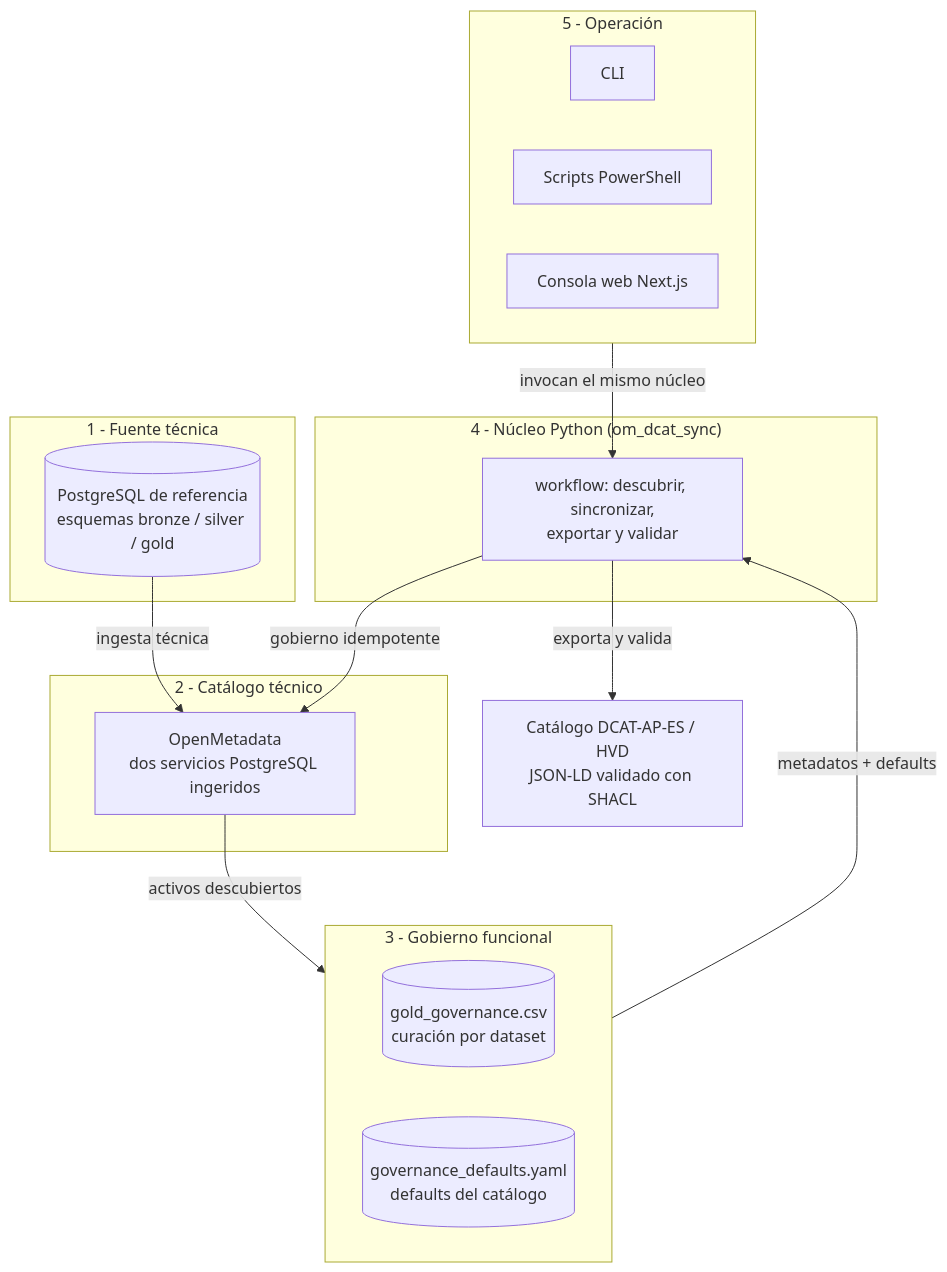
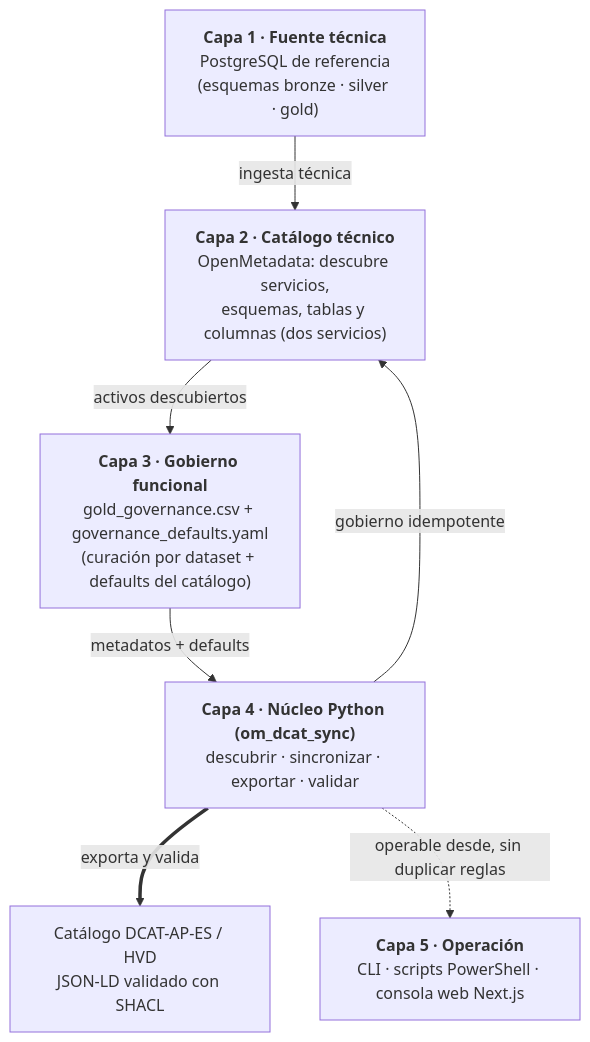
One commit to AlonsoMarcosM/TFM_Alonso_Marcos_Mu-oz changed the tenth of 14 diagrams in docs/diagramas_mermaid.md. Above: the diagram before and after it, drawn with Mermaid. The commit also changed other lines of this file and 25 other files, not shown here.

````diff
--- a/docs/diagramas_mermaid.md
+++ b/docs/diagramas_mermaid.md
@@ -170,29 +170,16 @@
 ```mermaid
 flowchart TB
-  subgraph L1["1 - Fuente técnica"]
-    PG[(PostgreSQL de referencia<br/>esquemas bronze / silver / gold)]
-  end
-  subgraph L2["2 - Catálogo técnico"]
-    OM[OpenMetadata<br/>dos servicios PostgreSQL ingeridos]
-  end
-  subgraph L3["3 - Gobierno funcional"]
-    SHEET[(gold_governance.csv<br/>curación por dataset)]
-    CFG[(governance_defaults.yaml<br/>defaults del catálogo)]
-  end
-  subgraph L4["4 - Núcleo Python (om_dcat_sync)"]
-    WF[workflow: descubrir, sincronizar,<br/>exportar y validar]
-  end
-  subgraph L5["5 - Operación"]
-    CLI[CLI]
-    SCR[Scripts PowerShell]
-    WEB[Consola web Next.js]
-  end
-  OUT[Catálogo DCAT-AP-ES / HVD<br/>JSON-LD validado con SHACL]
+  PG["<b>Capa 1 · Fuente técnica</b><br/>PostgreSQL de referencia<br/>(esquemas bronze · silver · gold)"]
+  OM["<b>Capa 2 · Catálogo técnico</b><br/>OpenMetadata: descubre servicios,<br/>esquemas, tablas y columnas (dos servicios)"]
+  GOV["<b>Capa 3 · Gobierno funcional</b><br/>gold_governance.csv + governance_defaults.yaml<br/>(curación por dataset + defaults del catálogo)"]
+  CORE["<b>Capa 4 · Núcleo Python (om_dcat_sync)</b><br/>descubrir · sincronizar · exportar · validar"]
+  OUT["Catálogo DCAT-AP-ES / HVD<br/>JSON-LD validado con SHACL"]
+  OPER["<b>Capa 5 · Operación</b><br/>CLI · scripts PowerShell · consola web Next.js"]
 
   PG -->|ingesta técnica| OM
-  OM -->|activos descubiertos| L3
-  L3 -->|metadatos + defaults| WF
-  WF -->|gobierno idempotente| OM
-  WF -->|exporta y valida| OUT
-  L5 -->|invocan el mismo núcleo| WF
+  OM -->|activos descubiertos| GOV
+  GOV -->|metadatos + defaults| CORE
+  CORE -->|gobierno idempotente| OM
+  CORE ==>|exporta y valida| OUT
+  CORE -.->|operable desde, sin duplicar reglas| OPER
 ```
````
